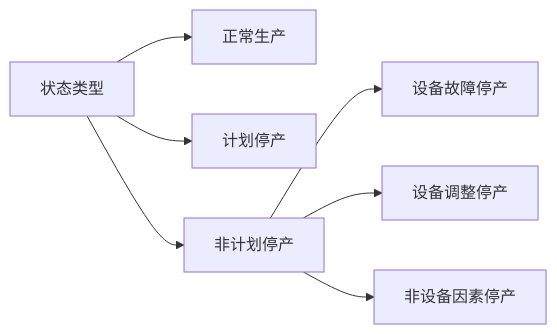
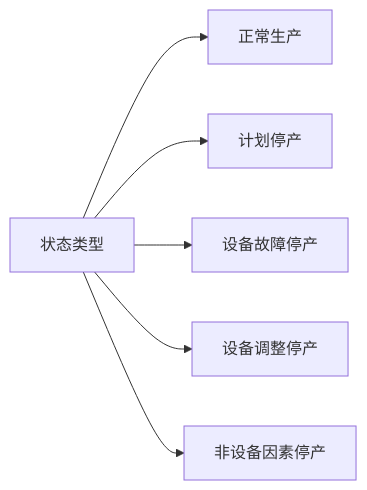
Before and after one commit to nbaxp/examples: the first of 2 diagrams in dotnet/aspnet/Wta/be/src/Wta.Web/wwwroot/src/assets/docs/product/oee.md, drawn with Mermaid. The commit also changed other lines of this file and 1 other file, not shown here.

````diff
--- a/dotnet/aspnet/Wta/be/src/Wta.Web/wwwroot/src/assets/docs/product/oee.md
+++ b/dotnet/aspnet/Wta/be/src/Wta.Web/wwwroot/src/assets/docs/product/oee.md
@@ -9,9 +10,8 @@
 ```mermaid
 flowchart LR
 状态类型-->正常生产
 状态类型-->计划停产
-状态类型-->非计划停产
-非计划停产-->设备故障停产
-非计划停产-->设备调整停产
-非计划停产-->非设备因素停产
+状态类型-->设备故障停产
+状态类型-->设备调整停产
+状态类型-->非设备因素停产
 ```
````
